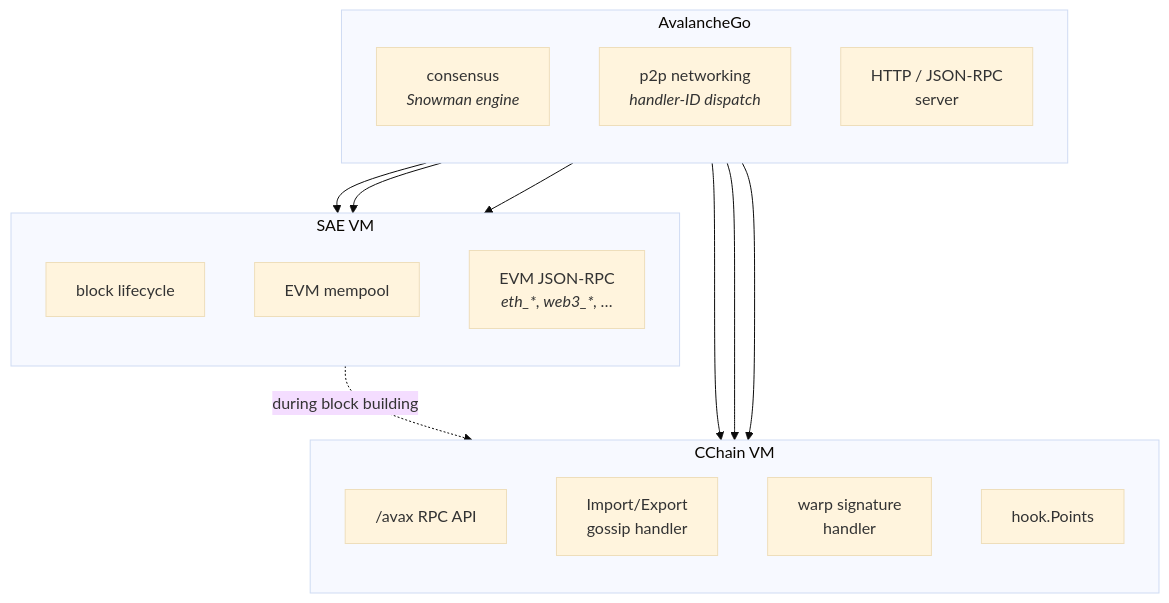
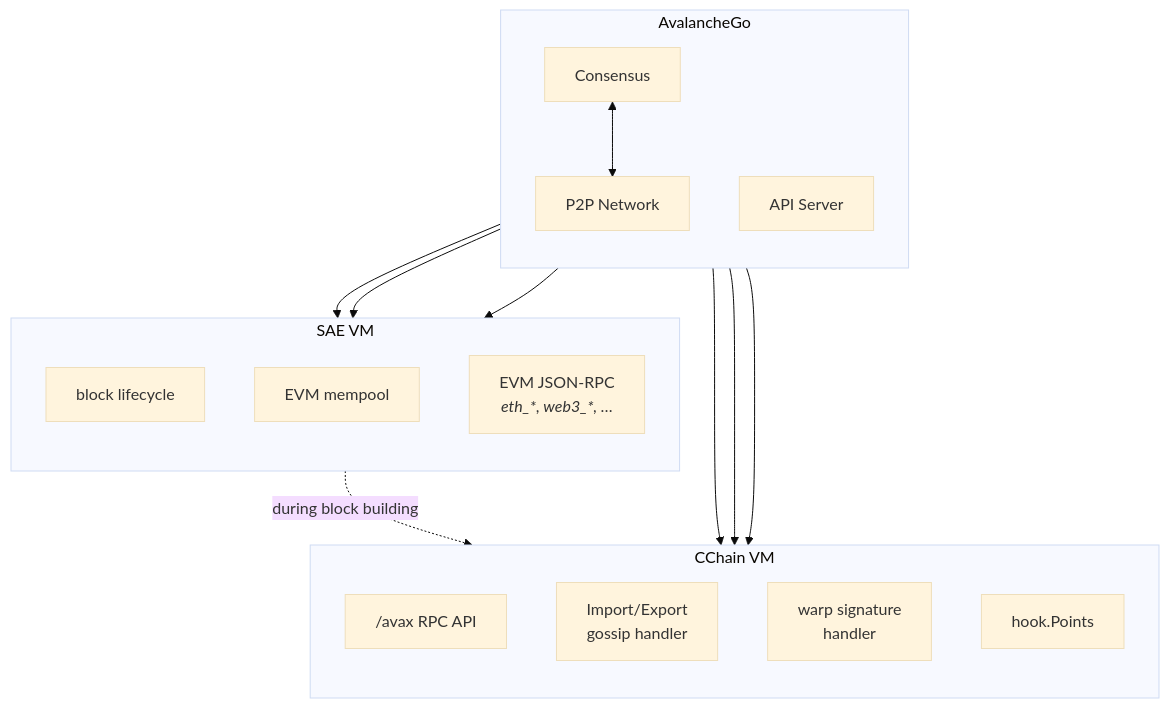
Before and after one commit to ava-labs/avalanchego: the first of 4 diagrams in vms/saevm/cchain/README.md, drawn with Mermaid (base theme).

````diff
--- a/vms/saevm/cchain/README.md
+++ b/vms/saevm/cchain/README.md
@@ -9,33 +9,34 @@
 ```mermaid
 flowchart TB
     subgraph avago["AvalancheGo"]
         direction TB
-        consensus["consensus<br/><i>Snowman engine</i>"]
-        p2pin["p2p networking<br/><i>handler-ID dispatch</i>"]
-        httpd["HTTP / JSON-RPC<br/>server"]
+        consensus["Consensus"]
+        p2pin["P2P Network"]
+        httpd["API Server"]
+        consensus <--> p2pin
     end
 
     subgraph saevm["SAE VM"]
         direction TB
         sae_block["block lifecycle"]
         sae_mempool["EVM mempool"]
         sae_rpc["EVM JSON-RPC<br/><i>eth_*, web3_*, &hellip;</i>"]
     end
 
     subgraph cchain["CChain VM"]
         direction TB
         cc_rpc["/avax RPC API"]
         cc_iegossip["Import/Export<br/>gossip handler"]
         cc_warp["warp signature<br/>handler"]
         cc_hook["hook.Points"]
     end
 
     consensus --> sae_block
     p2pin --> sae_mempool
     p2pin --> cc_iegossip
     p2pin --> cc_warp
     httpd --> sae_rpc
     httpd --> cc_rpc
 
     sae_block -.->|"during block building"| cc_hook
 ```
````
